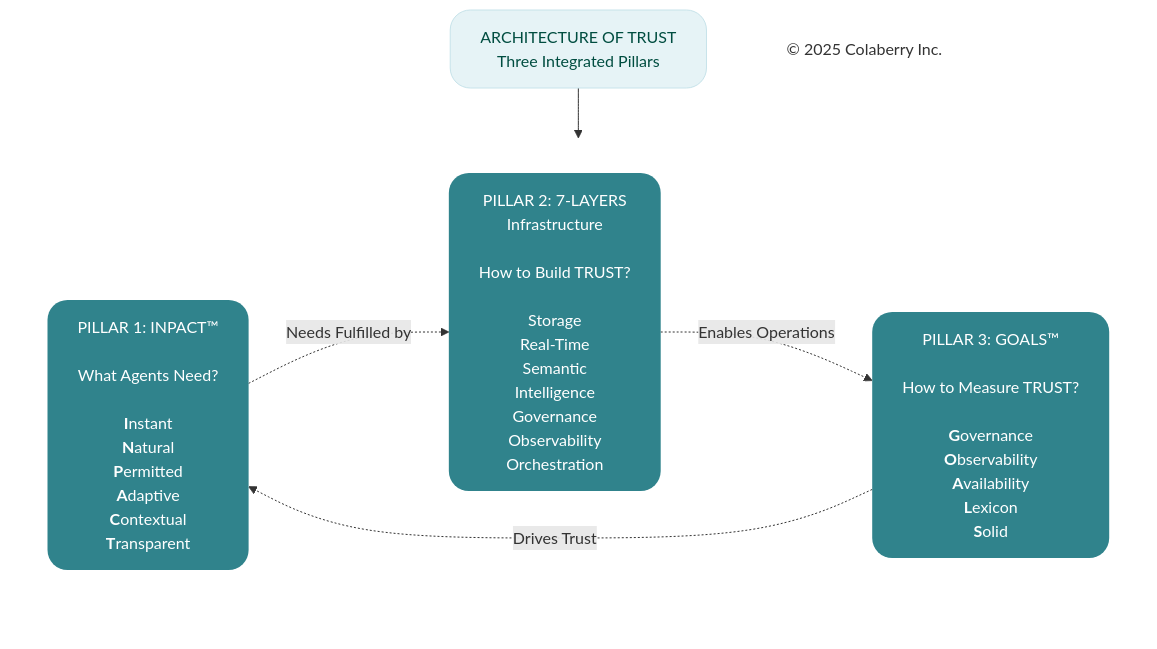
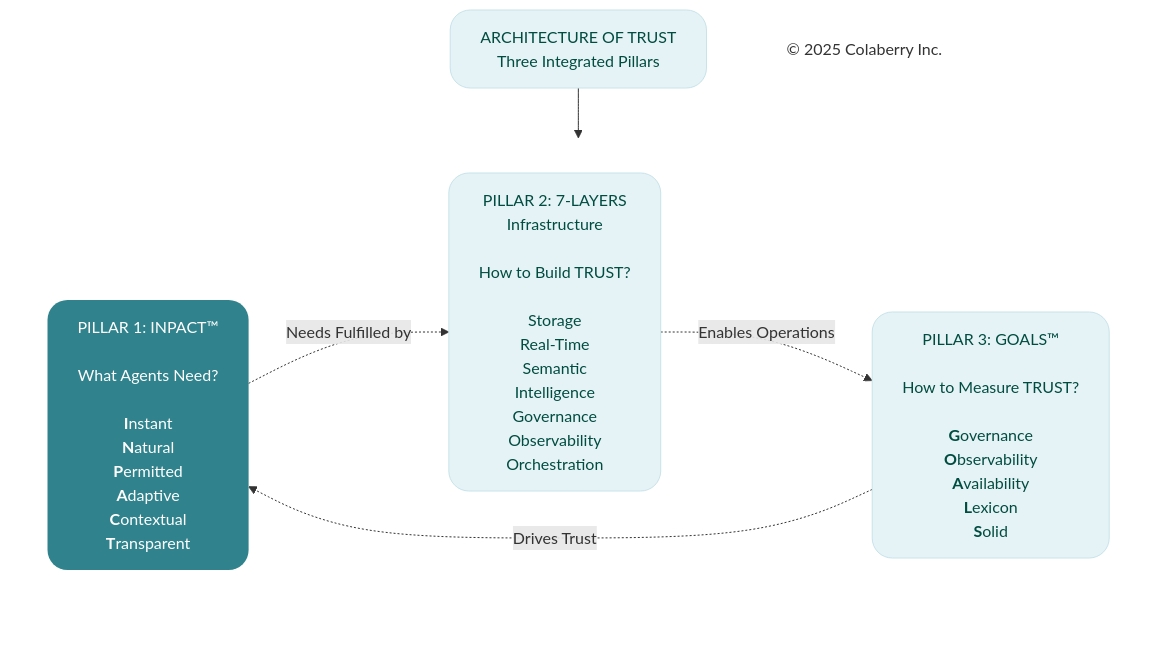
Before and after one commit to saitejesh-cyber/trust-before-intelligence-book: the diagram in mermaid-source/figure-2-1.mmd, drawn with Mermaid. The commit also changed other lines of this file and 5 other files, not shown here.

```diff
--- a/mermaid-source/figure-2-1.mmd
+++ b/mermaid-source/figure-2-1.mmd
@@ -1,28 +1,28 @@
 
 
 graph TB
     Title["ARCHITECTURE OF TRUST<br/>Three Integrated Pillars"]
     
     subgraph PILLARS[" "]
         direction LR
         INPACT["PILLAR 1: INPACT™<br/><br/>What Agents Need?<br/><br/><b>I</b>nstant<br/><b>N</b>atural<br/><b>P</b>ermitted<br/><b>A</b>daptive<br/><b>C</b>ontextual<br/><b>T</b>ransparent"]
         
         Layers["PILLAR 2: 7-LAYERS<br/>Infrastructure<br/><br/>How to Build TRUST?<br/><br/>Storage<br/>Real-Time<br/>Semantic<br/>Intelligence<br/>Governance<br/>Observability<br/>Orchestration"]
         
         GOALS["PILLAR 3: GOALS™<br/><br/>How to Measure TRUST?<br/><br/><b>G</b>overnance<br/><b>O</b>bservability<br/><b>A</b>vailability<br/><b>L</b>exicon<br/><b>S</b>olid"]
     end
     
     Copyright["© 2025 Colaberry Inc."]
     
     Title --> PILLARS
     
     INPACT -.->|"Needs Fulfilled by"| Layers
     Layers -.->|"Enables Operations"| GOALS
     GOALS -.->|"Drives Trust"| INPACT
     
     style Title fill:#e6f3f6,stroke:#c7e3ea,stroke-width:1px,color:#004d40,rx:20,ry:20
     style PILLARS fill:none,stroke:none
         style INPACT fill:#30838C,stroke:none,color:#ffffff,rx:20,ry:20
-        style Layers fill:#30838C,stroke:none,color:#ffffff,rx:20,ry:20
-        style GOALS fill:#30838C,stroke:none,color:#ffffff,rx:20,ry:20
+        style Layers fill:#e6f3f6,stroke:#c7e3ea,stroke-width:1px,color:#004d40,rx:20,ry:20
+        style GOALS fill:#e6f3f6,stroke:#c7e3ea,stroke-width:1px,color:#004d40,rx:20,ry:20
     style Copyright fill:none,stroke:none,color:#333333
```
